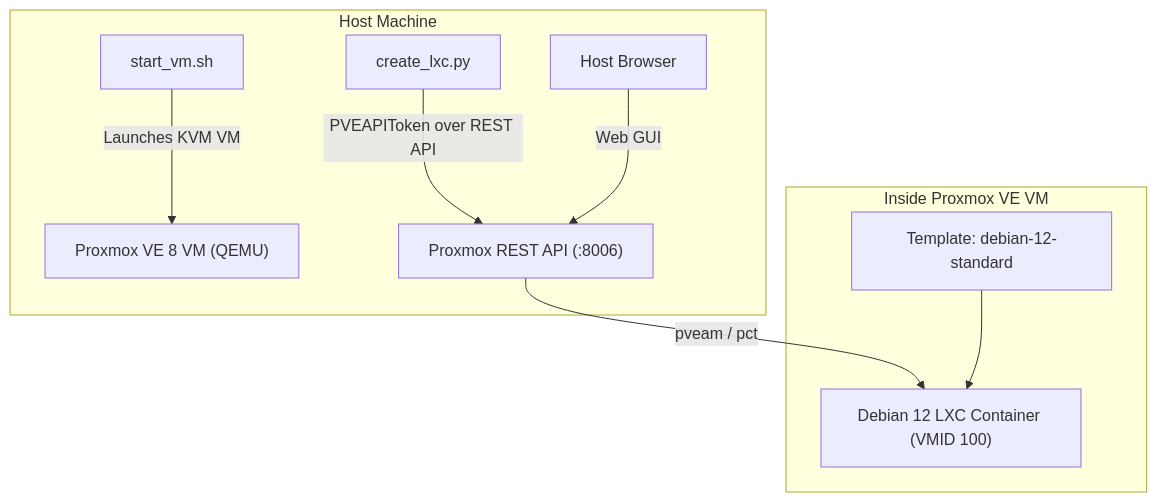
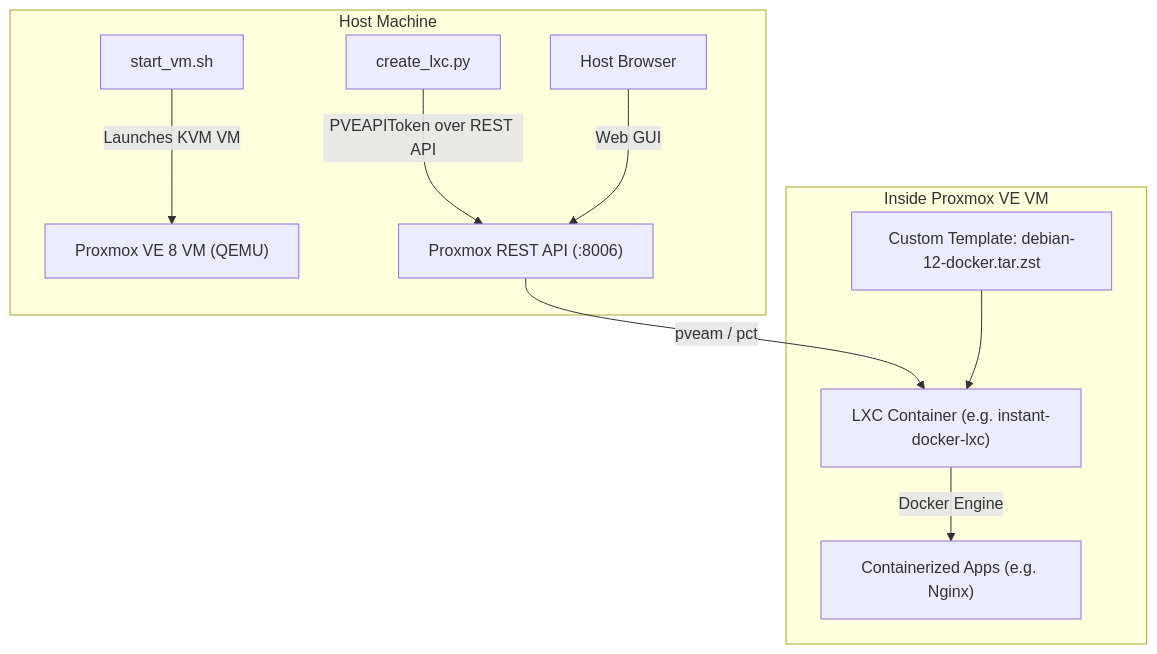
One commit to ilay515/lxc-ecosystem changed the diagram in README.md. Above: the diagram before and after it, drawn with Mermaid. The commit also changed other lines of this file and 7 other files, not shown here.

````diff
--- a/README.md
+++ b/README.md
@@ -9,13 +9,14 @@
 ```mermaid
 flowchart TD
     subgraph Host["Host Machine"]
         A["start_vm.sh"] -->|Launches KVM VM| B["Proxmox VE 8 VM (QEMU)"]
         C["create_lxc.py"] -->|PVEAPIToken over REST API| D["Proxmox REST API (:8006)"]
         E["Host Browser"] -->|Web GUI| D
     end
 
     subgraph PVE["Inside Proxmox VE VM"]
-        D -->|pveam / pct| F["Debian 12 LXC Container (VMID 100)"]
-        G["Template: debian-12-standard"] --> F
+        D -->|pveam / pct| F["LXC Container (e.g. instant-docker-lxc)"]
+        G["Custom Template: debian-12-docker.tar.zst"] --> F
+        F -->|Docker Engine| H["Containerized Apps (e.g. Nginx)"]
     end
 ```
````
